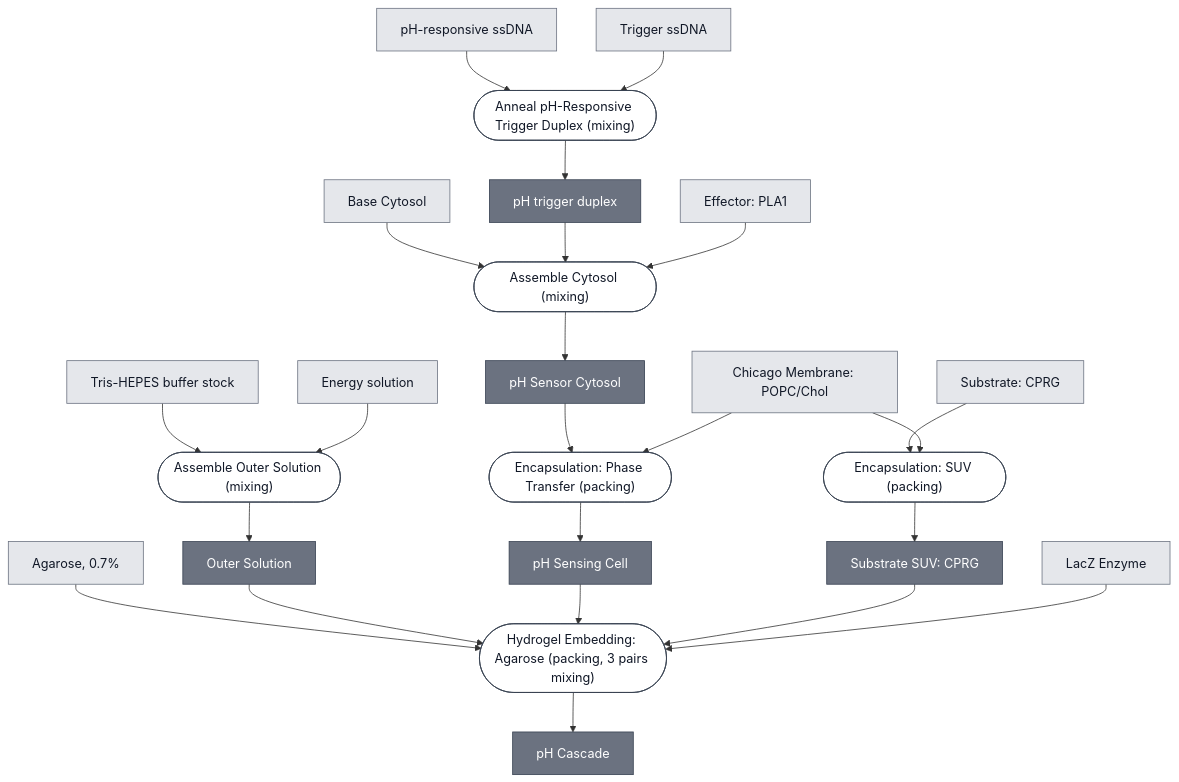
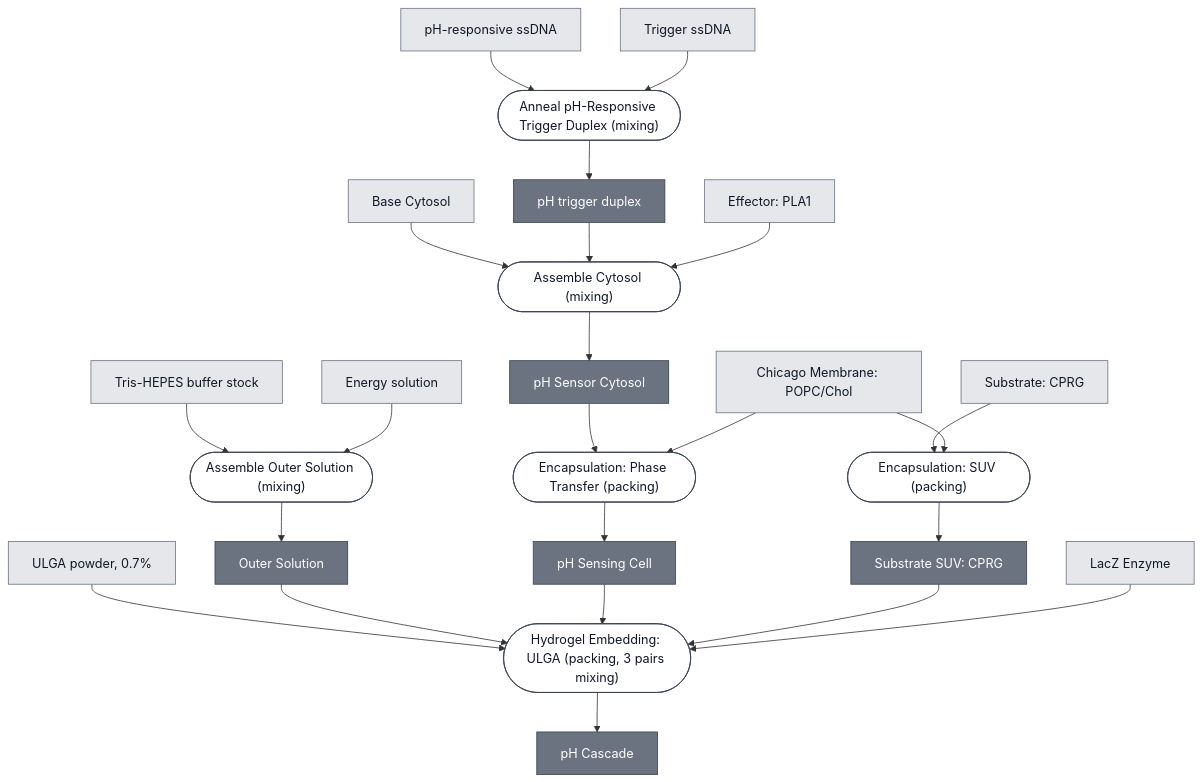
One commit to nucleus-eng/nucleus-docs changed the diagram in docs/modules/ph-cascade/spec.md. Above: the diagram before and after it, drawn with Mermaid. The commit also changed 7 other files, not shown here.

````diff
--- a/docs/modules/ph-cascade/spec.md
+++ b/docs/modules/ph-cascade/spec.md
@@ -35,80 +35,80 @@
 ```mermaid
 flowchart TD
     BASE_CYTOSOL["Base Cytosol"]
     PH_RESPONSIVE_SSDNA["pH-responsive ssDNA"]
     TRIGGER_SSDNA["Trigger ssDNA"]
     EFFECTOR_PLA1["Effector: PLA1"]
     MEMBRANE_CHICAGO["Chicago Membrane: POPC/Chol"]
     SUBSTRATE_CPRG["Substrate: CPRG"]
     REPORTER_LACZ_ENZYME["LacZ Enzyme"]
-    AGAROSE["Agarose, 0.7%"]
+    ULGA_POWDER["ULGA powder, 0.7%"]
     TRIS_HEPES_STOCK["Tris-HEPES buffer stock"]
     ENERGY_SOLUTION["Energy solution"]
 
     P1_ASSEMBLE_OUTER_SOLUTION_0(["Assemble Outer Solution (mixing)"])
     CHICAGO_OUTER_SOLUTION["Outer Solution"]
     P2_ANNEAL_TRIGGER_DUPLEX_0(["Anneal pH-Responsive Trigger Duplex (mixing)"])
     PH_TRIGGER_DUPLEX["pH trigger duplex"]
     P3_ASSEMBLE_CYTOSOL_0(["Assemble Cytosol (mixing)"])
     PH_SENSOR_CYTOSOL["pH Sensor Cytosol"]
     P4_ENCAPSULATE_0(["Encapsulation: Phase Transfer (packing)"])
     PH_SENSING_CELL["pH Sensing Cell"]
     P5_ENCAPSULATE_SUBSTRATE_SUV_0(["Encapsulation: SUV (packing)"])
     SUBSTRATE_CPRG_SUV["Substrate SUV: CPRG"]
-    P6_EMBED_AGAROSE_0(["Hydrogel Embedding: Agarose (packing, 3 pairs mixing)"])
+    P6_EMBED_AGAROSE_0(["Hydrogel Embedding: ULGA (packing, 3 pairs mixing)"])
     PH_CASCADE["pH Cascade"]
 
     TRIS_HEPES_STOCK --> P1_ASSEMBLE_OUTER_SOLUTION_0
     ENERGY_SOLUTION --> P1_ASSEMBLE_OUTER_SOLUTION_0
     P1_ASSEMBLE_OUTER_SOLUTION_0 --> CHICAGO_OUTER_SOLUTION
 
     PH_RESPONSIVE_SSDNA --> P2_ANNEAL_TRIGGER_DUPLEX_0
     TRIGGER_SSDNA --> P2_ANNEAL_TRIGGER_DUPLEX_0
     P2_ANNEAL_TRIGGER_DUPLEX_0 --> PH_TRIGGER_DUPLEX
 
     BASE_CYTOSOL --> P3_ASSEMBLE_CYTOSOL_0
     PH_TRIGGER_DUPLEX --> P3_ASSEMBLE_CYTOSOL_0
     EFFECTOR_PLA1 --> P3_ASSEMBLE_CYTOSOL_0
     P3_ASSEMBLE_CYTOSOL_0 --> PH_SENSOR_CYTOSOL
 
     PH_SENSOR_CYTOSOL --> P4_ENCAPSULATE_0
     MEMBRANE_CHICAGO --> P4_ENCAPSULATE_0
     P4_ENCAPSULATE_0 --> PH_SENSING_CELL
 
     SUBSTRATE_CPRG --> P5_ENCAPSULATE_SUBSTRATE_SUV_0
     MEMBRANE_CHICAGO --> P5_ENCAPSULATE_SUBSTRATE_SUV_0
     P5_ENCAPSULATE_SUBSTRATE_SUV_0 --> SUBSTRATE_CPRG_SUV
 
-    AGAROSE --> P6_EMBED_AGAROSE_0
+    ULGA_POWDER --> P6_EMBED_AGAROSE_0
     CHICAGO_OUTER_SOLUTION --> P6_EMBED_AGAROSE_0
     PH_SENSING_CELL --> P6_EMBED_AGAROSE_0
     SUBSTRATE_CPRG_SUV --> P6_EMBED_AGAROSE_0
     REPORTER_LACZ_ENZYME --> P6_EMBED_AGAROSE_0
     P6_EMBED_AGAROSE_0 --> PH_CASCADE
 
 
     classDef leaf     fill:#e5e7eb,stroke:#6b7280,color:#111827;
     classDef composed fill:#6b7280,stroke:#374151,color:#ffffff;
     classDef process  fill:#ffffff,stroke:#374151,color:#111827;
-    class BASE_CYTOSOL,PH_RESPONSIVE_SSDNA,TRIGGER_SSDNA,EFFECTOR_PLA1,MEMBRANE_CHICAGO,SUBSTRATE_CPRG,REPORTER_LACZ_ENZYME,AGAROSE,TRIS_HEPES_STOCK,ENERGY_SOLUTION leaf;
+    class BASE_CYTOSOL,PH_RESPONSIVE_SSDNA,TRIGGER_SSDNA,EFFECTOR_PLA1,MEMBRANE_CHICAGO,SUBSTRATE_CPRG,REPORTER_LACZ_ENZYME,ULGA_POWDER,TRIS_HEPES_STOCK,ENERGY_SOLUTION leaf;
     class CHICAGO_OUTER_SOLUTION,PH_TRIGGER_DUPLEX,PH_SENSOR_CYTOSOL,PH_SENSING_CELL,SUBSTRATE_CPRG_SUV,PH_CASCADE composed;
     class P1_ASSEMBLE_OUTER_SOLUTION_0,P2_ANNEAL_TRIGGER_DUPLEX_0,P3_ASSEMBLE_CYTOSOL_0,P4_ENCAPSULATE_0,P5_ENCAPSULATE_SUBSTRATE_SUV_0,P6_EMBED_AGAROSE_0 process;
 
     click BASE_CYTOSOL "/docs/modules/base-cytosol/spec"
     click EFFECTOR_PLA1 "/docs/modules/effector-pla1/spec"
     click MEMBRANE_CHICAGO "/docs/modules/membrane-popc-chol-chicago/spec"
     click SUBSTRATE_CPRG "/docs/modules/substrate-cprg/spec"
     click REPORTER_LACZ_ENZYME "/docs/modules/reporter-lacz-enzyme/spec"
-    click AGAROSE "/docs/modules/gel-ulga/spec"
+    click ULGA_POWDER "/docs/modules/gel-ulga/spec"
     click P1_ASSEMBLE_OUTER_SOLUTION_0 "/docs/processes/assemble-outer-solution/main"
     click P2_ANNEAL_TRIGGER_DUPLEX_0 "/docs/processes/anneal-ph-trigger-duplex/main"
     click PH_TRIGGER_DUPLEX "/docs/modules/detector-ph/spec"
     click P3_ASSEMBLE_CYTOSOL_0 "/docs/processes/assemble-cytosol/assemble-cytosol-main"
     click PH_SENSOR_CYTOSOL "/docs/modules/ph-sensor-cytosol/spec"
     click P4_ENCAPSULATE_0 "/docs/processes/assemble-base-cell/main"
     click PH_SENSING_CELL "/docs/modules/ph-sensing-cell/spec"
     click P5_ENCAPSULATE_SUBSTRATE_SUV_0 "/docs/processes/encapsulate-suv/main"
     click SUBSTRATE_CPRG_SUV "/docs/modules/substrate-cprg-suv/spec"
     click P6_EMBED_AGAROSE_0 "/docs/processes/embed-ulga-hydrogel/main"
     click PH_CASCADE "/docs/modules/ph-cascade/spec"
 ```
````
